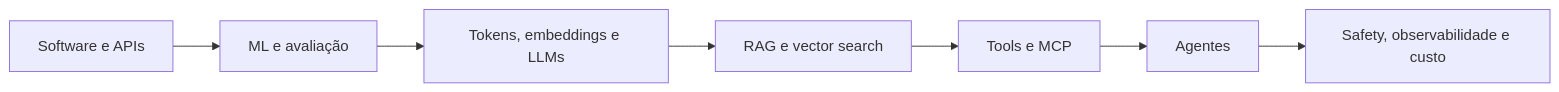
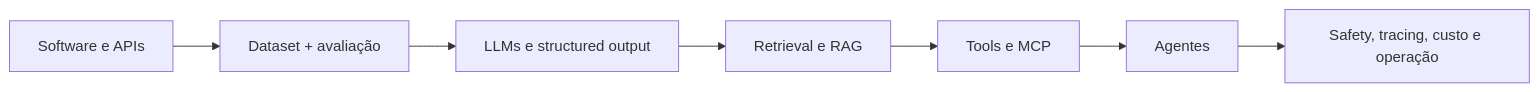
Before and after one commit to blasther12/alexandria: the diagram in atlas/ai-engineer.md, drawn with Mermaid. The commit also changed other lines of this file, not shown here.

````diff
--- a/atlas/ai-engineer.md
+++ b/atlas/ai-engineer.md
@@ -10,9 +21,9 @@
 ```mermaid
 flowchart LR
-    APP[Software e APIs] --> ML[ML e avaliação]
-    ML --> LLM[Tokens, embeddings e LLMs]
-    LLM --> RAG[RAG e vector search]
+    APP[Software e APIs] --> EVAL[Dataset + avaliação]
+    EVAL --> LLM[LLMs e structured output]
+    LLM --> RAG[Retrieval e RAG]
     RAG --> TOOLS[Tools e MCP]
     TOOLS --> AG[Agentes]
-    AG --> OPS[Safety, observabilidade e custo]
+    AG --> OPS[Safety, tracing, custo e operação]
 ```
````
